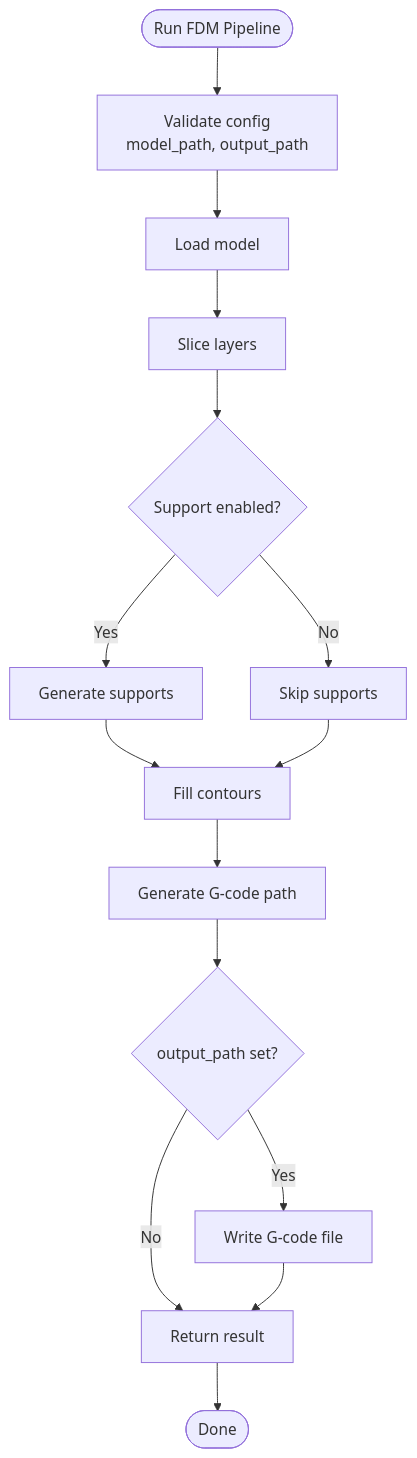
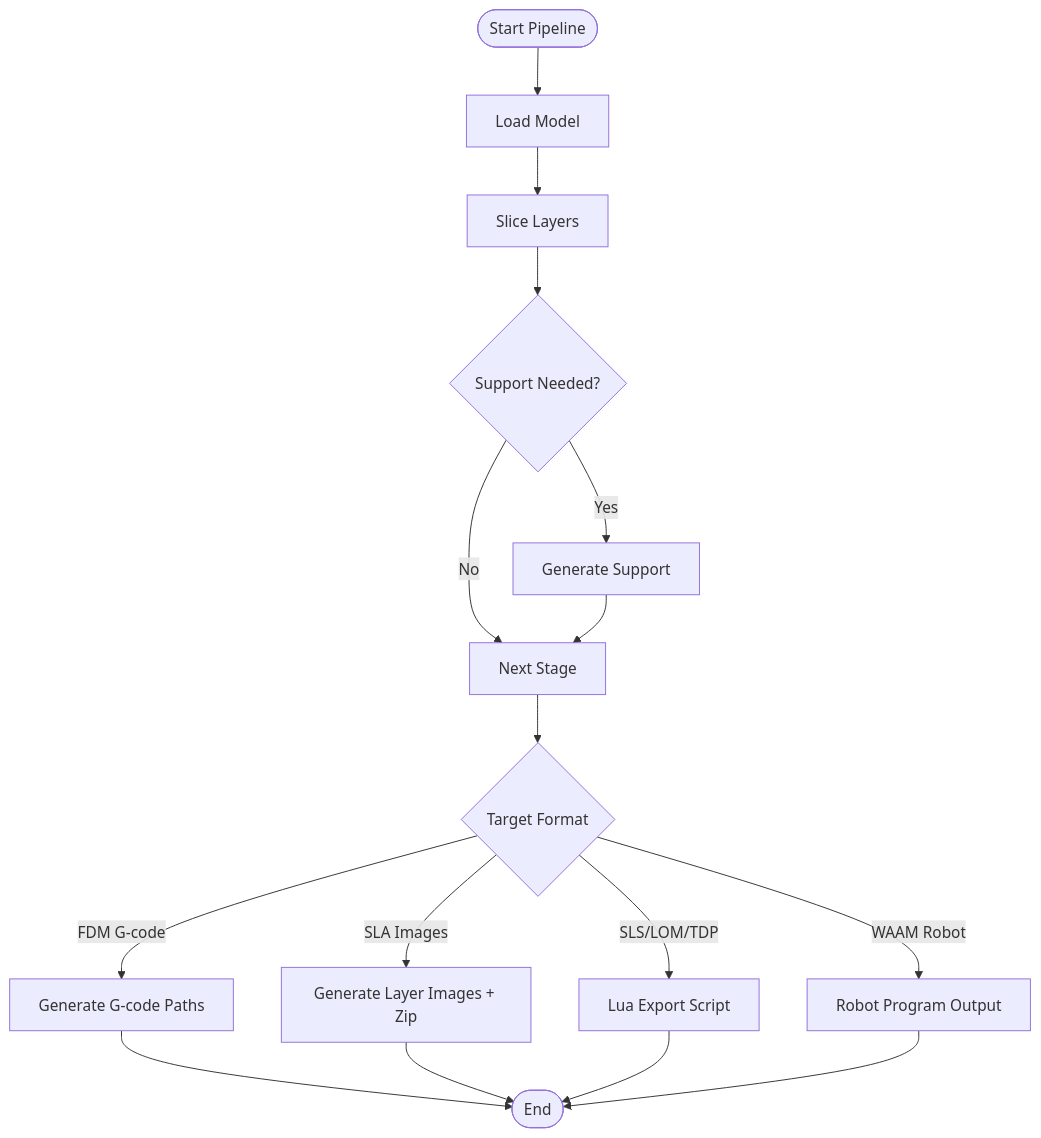
One commit to hsmbanlance/HsBaSlicer changed the third of 12 diagrams in .qoder/repowiki/en/content/API Reference/API Reference.md. Above: the diagram before and after it, drawn with Mermaid. The commit also changed other lines of this file and 1095 other files, not shown here.

````diff
--- a/.qoder/repowiki/en/content/API Reference/API Reference.md
+++ b/.qoder/repowiki/en/content/API Reference/API Reference.md
@@ -204,17 +161,18 @@
 ```mermaid
 flowchart TD
-Start(["Run FDM Pipeline"]) --> Validate["Validate config<br/>model_path, output_path"]
-Validate --> Preprocess["Load model"]
-Preprocess --> Slice["Slice layers"]
-Slice --> Support{"Support enabled?"}
-Support --> |Yes| GenSupport["Generate supports"]
-Support --> |No| SkipSupport["Skip supports"]
-GenSupport --> Fill["Fill contours"]
-SkipSupport --> Fill
-Fill --> PathGen["Generate G-code path"]
-PathGen --> Save{"output_path set?"}
-Save --> |Yes| WriteGCode["Write G-code file"]
-Save --> |No| ReturnResult["Return result"]
-WriteGCode --> ReturnResult
-ReturnResult --> End(["Done"])
+Start(["Start Pipeline"]) --> Load["Load Model"]
+Load --> Slice["Slice Layers"]
+Slice --> Support{"Support Needed?"}
+Support --> |Yes| GenSupport["Generate Support"]
+Support --> |No| NextStage["Next Stage"]
+GenSupport --> NextStage
+NextStage --> Format{"Target Format"}
+Format --> |FDM G-code| Gcode["Generate G-code Paths"]
+Format --> |SLA Images| Slax["Generate Layer Images + Zip"]
+Format --> |SLS/LOM/TDP| LuaExport["Lua Export Script"]
+Format --> |WAAM Robot| Robot["Robot Program Output"]
+Gcode --> End(["End"])
+Slax --> End
+LuaExport --> End
+Robot --> End
 ```
````
